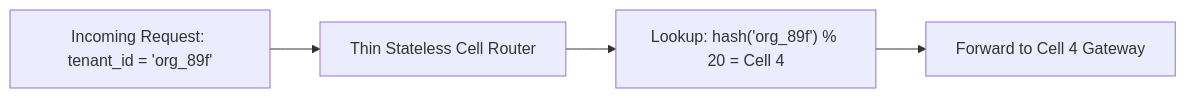
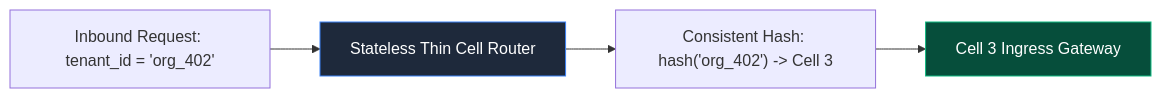
One commit to akmalkhaniub/akmalkhaniub.github.io changed the second of 3 diagrams in blog/posts/cell-based-architecture-aws-stripe-slack-blast-radius-mitigation.md. Above: the diagram before and after it, drawn with Mermaid. The commit also changed other lines of this file and 4 other files, not shown here.

Commit message:
refactor(blog): elevate narrative for cell-based architecture & distributed lock managers

````diff
--- a/blog/posts/cell-based-architecture-aws-stripe-slack-blast-radius-mitigation.md
+++ b/blog/posts/cell-based-architecture-aws-stripe-slack-blast-radius-mitigation.md
@@ -77,6 +78,9 @@
 ```mermaid
 graph LR
-  Client[Incoming Request: tenant_id = 'org_89f'] --> Router[Thin Stateless Cell Router]
-  Router --> Mapping["Lookup: hash('org_89f') % 20 = Cell 4"]
-  Mapping --> Cell4[Forward to Cell 4 Gateway]
+  Client[Inbound Request: tenant_id = 'org_402'] --> Router[Stateless Thin Cell Router]
+  Router --> Mapping["Consistent Hash: hash('org_402') -> Cell 3"]
+  Mapping --> Cell3[Cell 3 Ingress Gateway]
+  
+  style Router fill:#1e293b,stroke:#3b82f6,color:#ffffff
+  style Cell3 fill:#064e3b,stroke:#10b981,color:#ffffff
 ```
````
